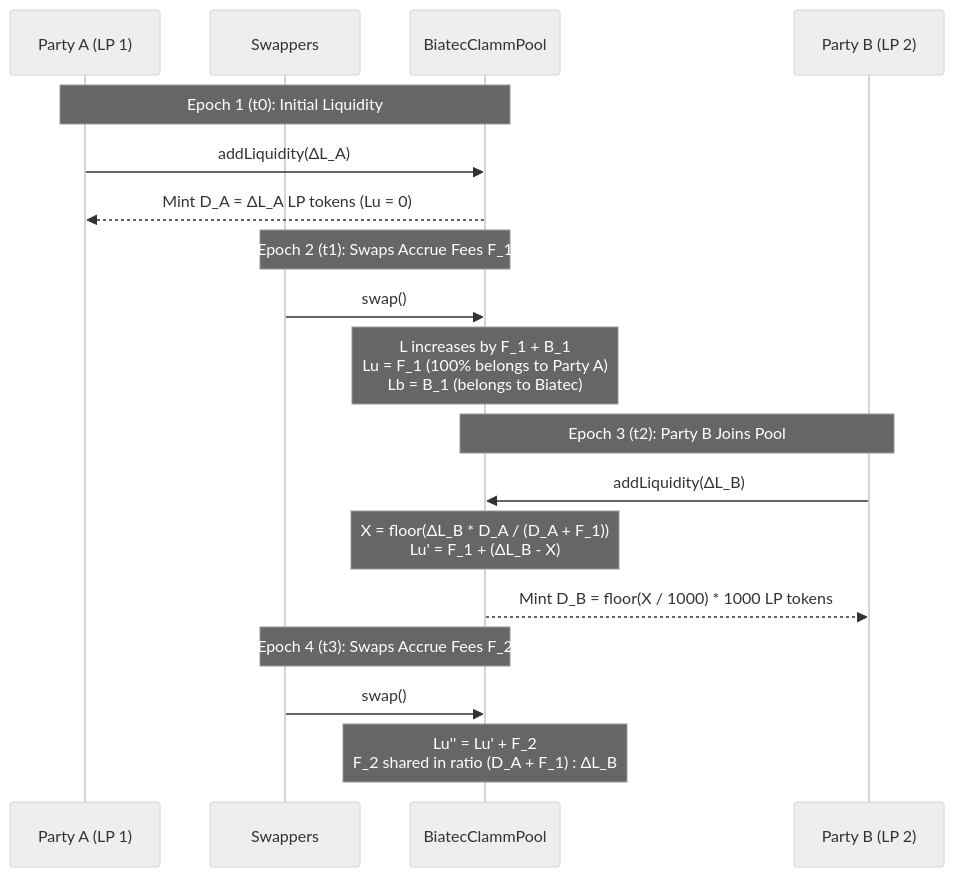
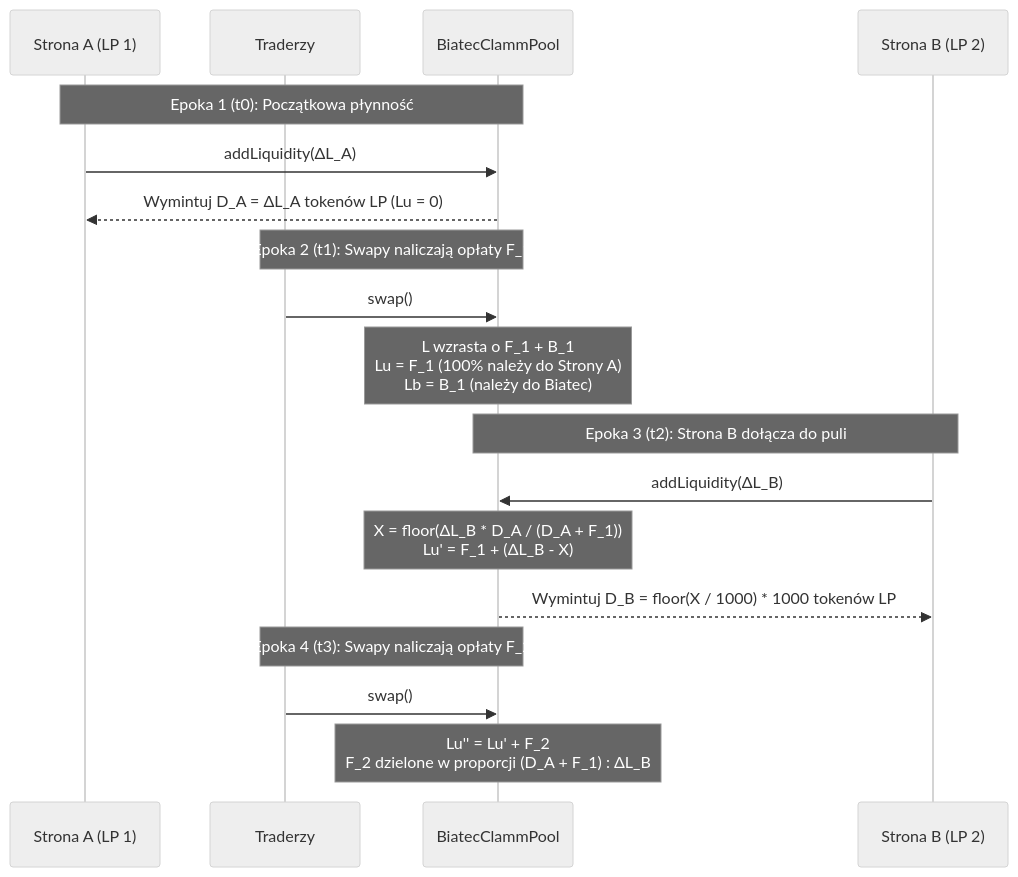
One commit to scholtz/BiatecCLAMM changed the first of 2 diagrams in docusaurus/i18n/pl/docusaurus-plugin-content-docs/current/multi-party-fee-aggregation.md. Above: the diagram before and after it, drawn with Mermaid (neutral theme). The commit also changed other lines of this file and 3 other files, not shown here.

Commit message:
docs(pl): address code review findings in Mermaid labels, staking-pools, and integration-guide

````diff
--- a/docusaurus/i18n/pl/docusaurus-plugin-content-docs/current/multi-party-fee-aggregation.md
+++ b/docusaurus/i18n/pl/docusaurus-plugin-content-docs/current/multi-party-fee-aggregation.md
@@ -91,24 +91,24 @@
 ```mermaid
 sequenceDiagram
-    participant Alice as Party A (LP 1)
-    participant Trader as Swappers
+    participant Alice as Strona A (LP 1)
+    participant Trader as Traderzy
     participant Pool as BiatecClammPool
-    participant Bob as Party B (LP 2)
+    participant Bob as Strona B (LP 2)
 
-    Note over Alice,Pool: Epoch 1 (t0): Initial Liquidity
+    Note over Alice,Pool: Epoka 1 (t0): Początkowa płynność
     Alice->>Pool: addLiquidity(ΔL_A)
-    Pool-->>Alice: Mint D_A = ΔL_A LP tokens (Lu = 0)
+    Pool-->>Alice: Wymintuj D_A = ΔL_A tokenów LP (Lu = 0)
 
-    Note over Trader,Pool: Epoch 2 (t1): Swaps Accrue Fees F_1
+    Note over Trader,Pool: Epoka 2 (t1): Swapy naliczają opłaty F_1
     Trader->>Pool: swap()
-    Note over Pool: L increases by F_1 + B_1<br/>Lu = F_1 (100% belongs to Party A)<br/>Lb = B_1 (belongs to Biatec)
+    Note over Pool: L wzrasta o F_1 + B_1<br/>Lu = F_1 (100% należy do Strony A)<br/>Lb = B_1 (należy do Biatec)
 
-    Note over Bob,Pool: Epoch 3 (t2): Party B Joins Pool
+    Note over Bob,Pool: Epoka 3 (t2): Strona B dołącza do puli
     Bob->>Pool: addLiquidity(ΔL_B)
     Note over Pool: X = floor(ΔL_B * D_A / (D_A + F_1))<br/>Lu' = F_1 + (ΔL_B - X)
-    Pool-->>Bob: Mint D_B = floor(X / 1000) * 1000 LP tokens
+    Pool-->>Bob: Wymintuj D_B = floor(X / 1000) * 1000 tokenów LP
 
-    Note over Trader,Pool: Epoch 4 (t3): Swaps Accrue Fees F_2
+    Note over Trader,Pool: Epoka 4 (t3): Swapy naliczają opłaty F_2
     Trader->>Pool: swap()
-    Note over Pool: Lu'' = Lu' + F_2<br/>F_2 shared in ratio (D_A + F_1) : ΔL_B
+    Note over Pool: Lu'' = Lu' + F_2<br/>F_2 dzielone w proporcji (D_A + F_1) : ΔL_B
 ```
````
